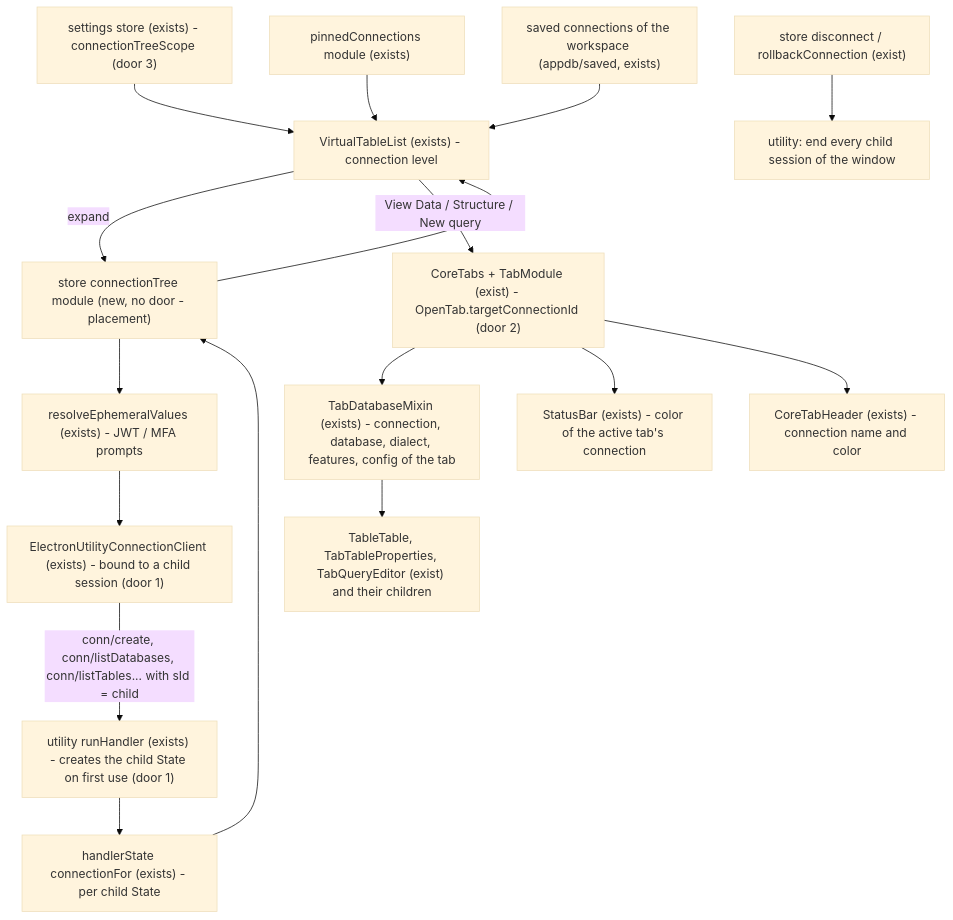
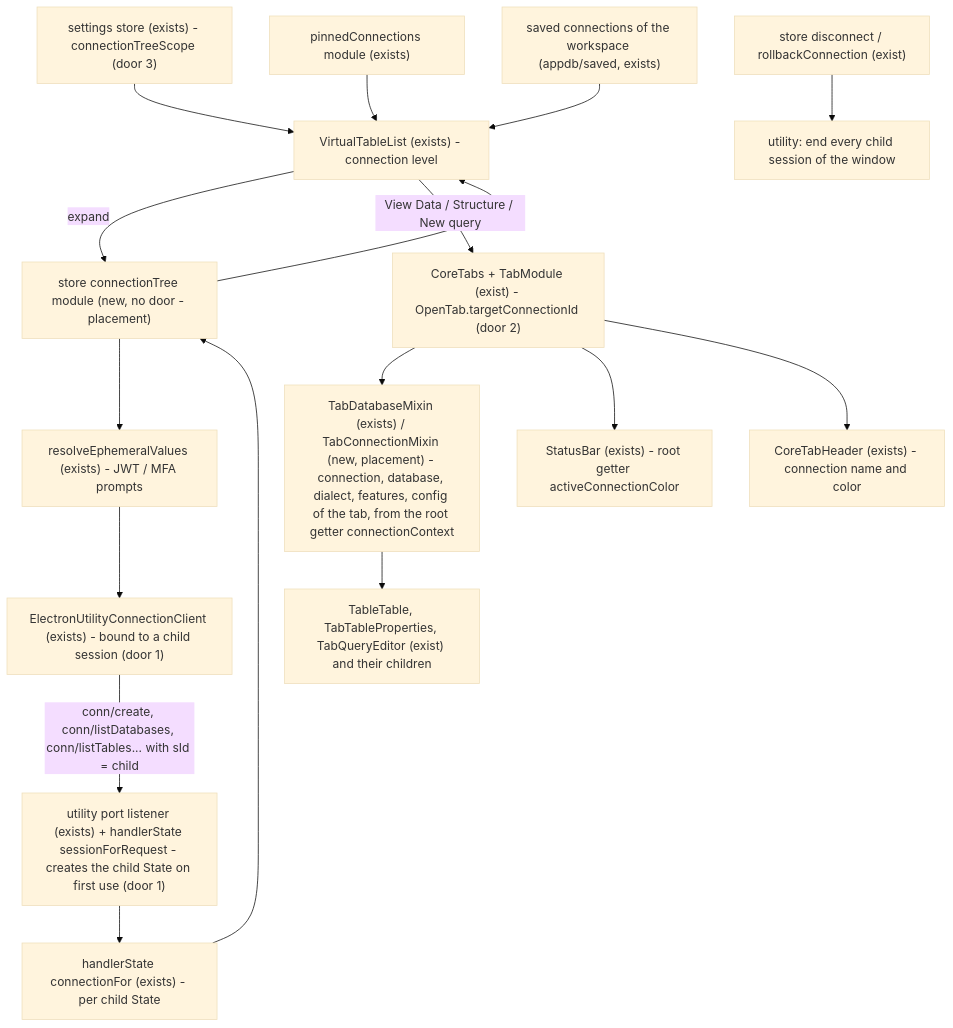
The first of 2 diagrams in .specs/features/multi-connection-tree/plan.md (thihxm/beekeeper-studio), drawn with Mermaid (base theme) before and after one commit. The commit also changed other lines of this file and 70 other files, not shown here.

````diff
--- a/.specs/features/multi-connection-tree/plan.md
+++ b/.specs/features/multi-connection-tree/plan.md
@@ -33,19 +33,19 @@
 ```mermaid
 flowchart TD
     SET["settings store (exists) - connectionTreeScope (door 3)"] --> LIST
     PINS["pinnedConnections module (exists)"] --> LIST
     SAVED["saved connections of the workspace (appdb/saved, exists)"] --> LIST
     LIST["VirtualTableList (exists) - connection level"] -->|expand| CT["store connectionTree module (new, no door - placement)"]
     CT --> RES["resolveEphemeralValues (exists) - JWT / MFA prompts"]
     RES --> CLI["ElectronUtilityConnectionClient (exists) - bound to a child session (door 1)"]
-    CLI -->|"conn/create, conn/listDatabases, conn/listTables... with sId = child"| UT["utility runHandler (exists) - creates the child State on first use (door 1)"]
+    CLI -->|"conn/create, conn/listDatabases, conn/listTables... with sId = child"| UT["utility port listener (exists) + handlerState sessionForRequest - creates the child State on first use (door 1)"]
     UT --> HS["handlerState connectionFor (exists) - per child State"]
     HS --> CT
     CT --> LIST
     LIST -->|View Data / Structure / New query| TABS["CoreTabs + TabModule (exist) - OpenTab.targetConnectionId (door 2)"]
-    TABS --> TD["TabDatabaseMixin (exists) - connection, database, dialect, features, config of the tab"]
+    TABS --> TD["TabDatabaseMixin (exists) / TabConnectionMixin (new, placement) - connection, database, dialect, features, config of the tab, from the root getter connectionContext"]
     TD --> COMP["TableTable, TabTableProperties, TabQueryEditor (exist) and their children"]
-    TABS --> SB["StatusBar (exists) - color of the active tab's connection"]
+    TABS --> SB["StatusBar (exists) - root getter activeConnectionColor"]
     TABS --> HDR["CoreTabHeader (exists) - connection name and color"]
     DISC["store disconnect / rollbackConnection (exist)"] --> CLOSE["utility: end every child session of the window"]
 ```
````
